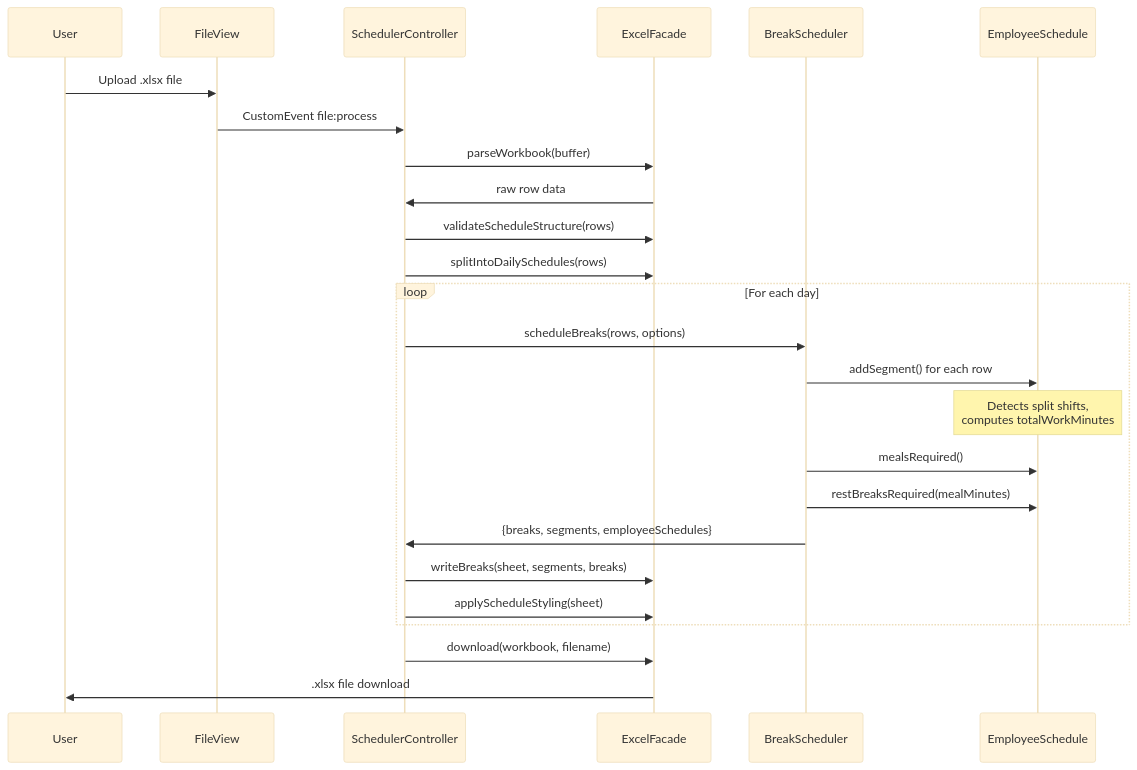
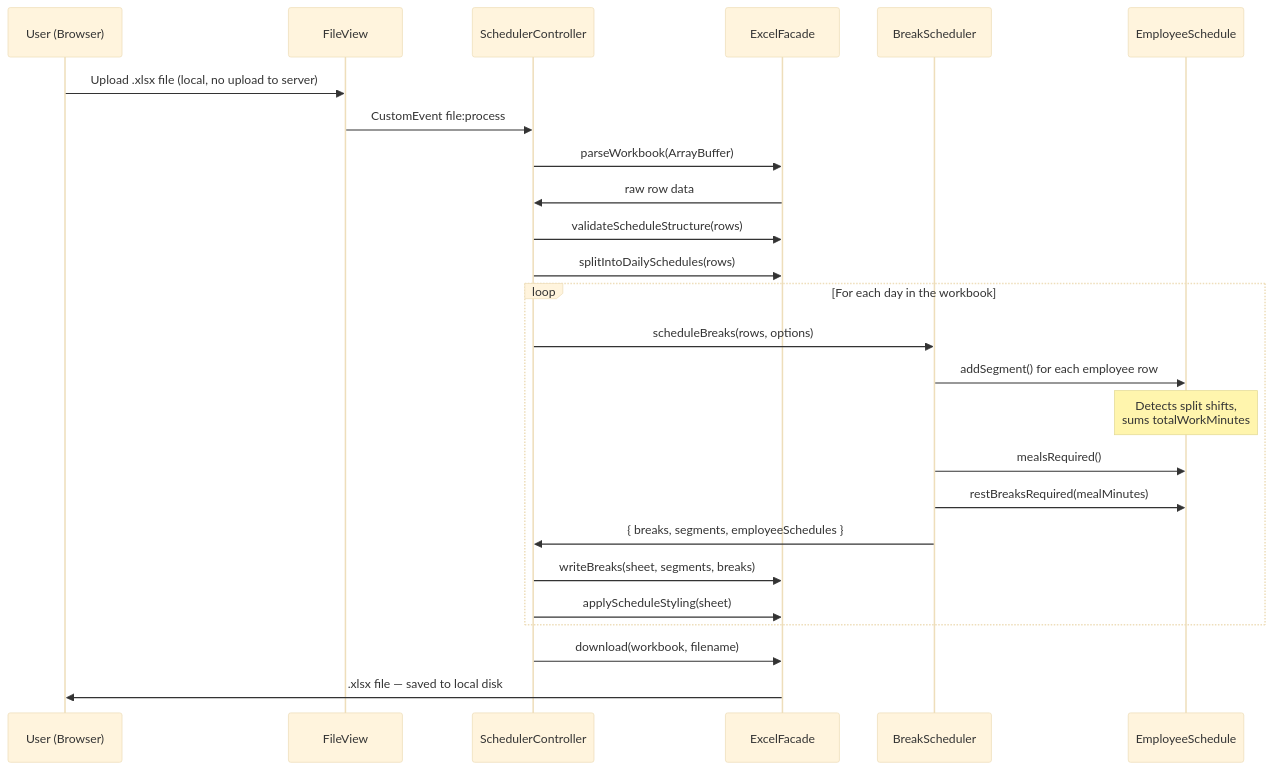
One commit to kadencampb/break-schedule-tool changed the third of 6 diagrams in README.md. Above: the diagram before and after it, drawn with Mermaid (base theme). The commit also changed other lines of this file, not shown here.

````diff
--- a/README.md
+++ b/README.md
@@ -133,30 +174,30 @@
 ```mermaid
 sequenceDiagram
-    participant U as User
+    participant U as User (Browser)
     participant FV as FileView
     participant SC as SchedulerController
     participant EF as ExcelFacade
     participant BS as BreakScheduler
     participant ES as EmployeeSchedule
 
-    U->>FV: Upload .xlsx file
+    U->>FV: Upload .xlsx file (local, no upload to server)
     FV->>SC: CustomEvent file:process
-    SC->>EF: parseWorkbook(buffer)
+    SC->>EF: parseWorkbook(ArrayBuffer)
     EF->>SC: raw row data
     SC->>EF: validateScheduleStructure(rows)
     SC->>EF: splitIntoDailySchedules(rows)
 
-    loop For each day
+    loop For each day in the workbook
         SC->>BS: scheduleBreaks(rows, options)
-        BS->>ES: addSegment() for each row
-        Note over ES: Detects split shifts,<br/>computes totalWorkMinutes
+        BS->>ES: addSegment() for each employee row
+        Note over ES: Detects split shifts,<br/>sums totalWorkMinutes
         BS->>ES: mealsRequired()
         BS->>ES: restBreaksRequired(mealMinutes)
-        BS->>SC: {breaks, segments, employeeSchedules}
+        BS->>SC: { breaks, segments, employeeSchedules }
         SC->>EF: writeBreaks(sheet, segments, breaks)
         SC->>EF: applyScheduleStyling(sheet)
     end
 
     SC->>EF: download(workbook, filename)
-    EF->>U: .xlsx file download
+    EF->>U: .xlsx file — saved to local disk
 ```
````
